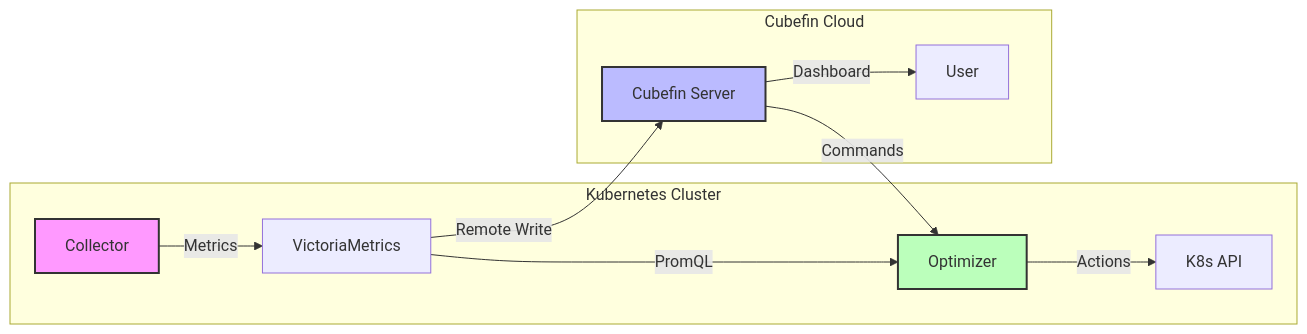
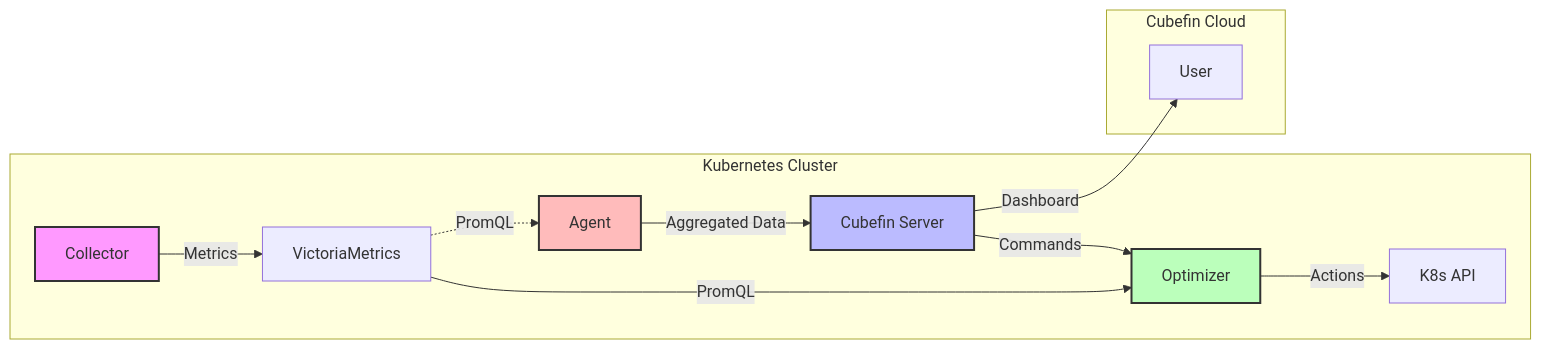
One commit to cubefin/.github changed the diagram in profile/README.md. Above: the diagram before and after it, drawn with Mermaid.

Commit message:
docs: Update architecture diagram to include Agent

````diff
--- a/profile/README.md
+++ b/profile/README.md
@@ -21,18 +21,20 @@
 ```mermaid
 graph LR
     subgraph "Kubernetes Cluster"
         A[Collector] -->|Metrics| B[VictoriaMetrics]
-        C[Optimizer] -->|Actions| K[K8s API]
+        B -.->|PromQL| D[Agent]
+        D -->|Aggregated Data| S[Cubefin Server]
+        S -->|Commands| C[Optimizer]
+        C -->|Actions| K[K8s API]
         B -->|PromQL| C
     end
     
     subgraph "Cubefin Cloud"
-        B -->|Remote Write| S[Cubefin Server]
-        S -->|Commands| C
         S -->|Dashboard| U[User]
     end
 
     style A fill:#f9f,stroke:#333,stroke-width:2px
     style C fill:#bfb,stroke:#333,stroke-width:2px
+    style D fill:#fbb,stroke:#333,stroke-width:2px
     style S fill:#bbf,stroke:#333,stroke-width:2px
 ```
````
